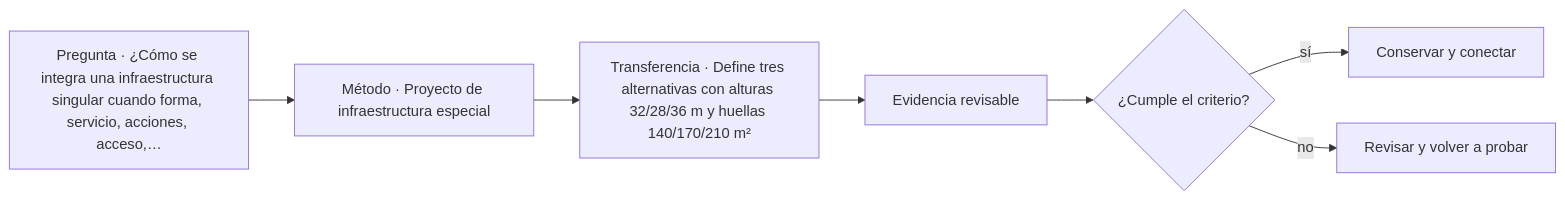
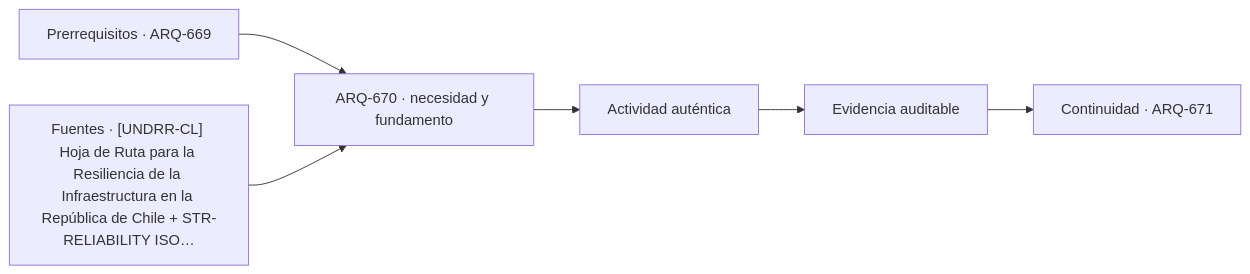
Before and after one commit to vladimiracunadev-create/architecture-built-environment-learning-program: the diagram in classes/parte-67/ARQ-670.md, drawn with Mermaid. The commit also changed other lines of this file and 761 other files, not shown here.

````diff
--- a/classes/parte-67/ARQ-670.md
+++ b/classes/parte-67/ARQ-670.md
@@ -68,9 +80,8 @@
 ```mermaid
 flowchart LR
-    Q["Pregunta · ¿Cómo se integra una infraestructura singular cuando forma, servicio, acciones, acceso,…"] --> M["Método · Proyecto de infraestructura especial"]
-    M --> P["Transferencia · Define tres alternativas con alturas 32/28/36 m y huellas 140/170/210 m²"]
-    P --> E["Evidencia revisable"]
-    E --> C{"¿Cumple el criterio?"}
-    C -->|sí| T["Conservar y conectar"]
-    C -->|no| R["Revisar y volver a probar"]
+    A["Prerrequisitos · ARQ-669"] --> B["ARQ-670 · necesidad y fundamento"]
+    S["Fuentes · [UNDRR-CL] Hoja de Ruta para la Resiliencia de la Infraestructura en la República de Chile + STR-RELIABILITY ISO…"] --> B
+    B --> C["Actividad auténtica"]
+    C --> D["Evidencia auditable"]
+    D --> E["Continuidad · ARQ-671"]
 ```
````
